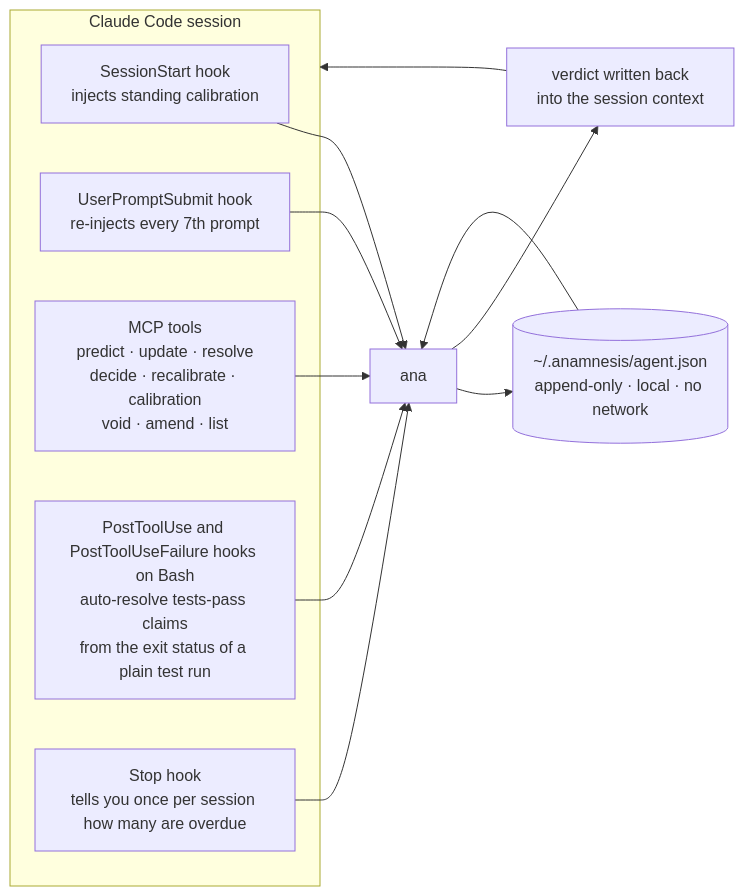
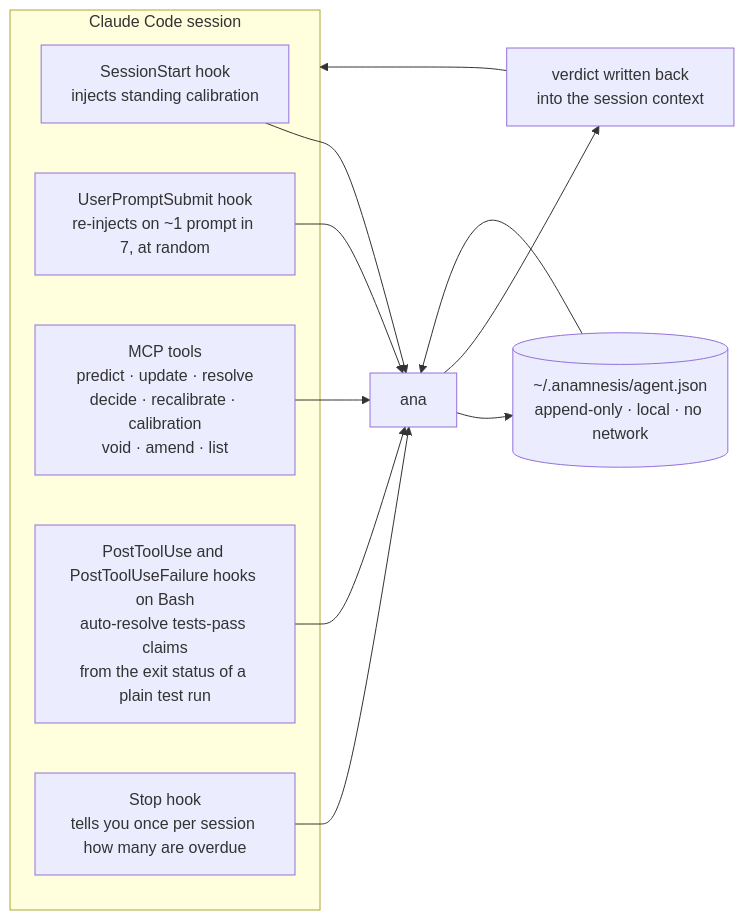
Before and after one commit to Anbu-00001/Anamnesis: the diagram in docs/AGENTS.md, drawn with Mermaid. The commit also changed other lines of this file and 33 other files, not shown here.

````diff
--- a/docs/AGENTS.md
+++ b/docs/AGENTS.md
@@ -47,22 +52,22 @@
 ```mermaid
 flowchart LR
     accTitle: How Anamnesis attaches to a Claude Code session
     accDescr: Four lifecycle hooks and nine MCP tools all invoke the same ana binary. It reads and writes one local append-only JSON ledger and returns the current calibration verdict into the session context. No network is involved.
 
     subgraph S["Claude Code session"]
         H1["SessionStart hook<br/>injects standing calibration"]
-        H2["UserPromptSubmit hook<br/>re-injects every 7th prompt"]
+        H2["UserPromptSubmit hook<br/>re-injects on ~1 prompt in 7, at random"]
         T["MCP tools<br/>predict · update · resolve<br/>decide · recalibrate · calibration<br/>void · amend · list"]
         H3["PostToolUse and PostToolUseFailure hooks on Bash<br/>auto-resolve tests-pass claims<br/>from the exit status of a plain test run"]
         H4["Stop hook<br/>tells you once per session how many are overdue"]
     end
     H1 --> ANA["ana"]
     H2 --> ANA
     T --> ANA
     H3 --> ANA
     H4 --> ANA
     ANA --> L[("~/.anamnesis/agent.json<br/>append-only · local · no network")]
     L --> ANA
     ANA --> V["verdict written back<br/>into the session context"]
     V --> S
 ```
````
